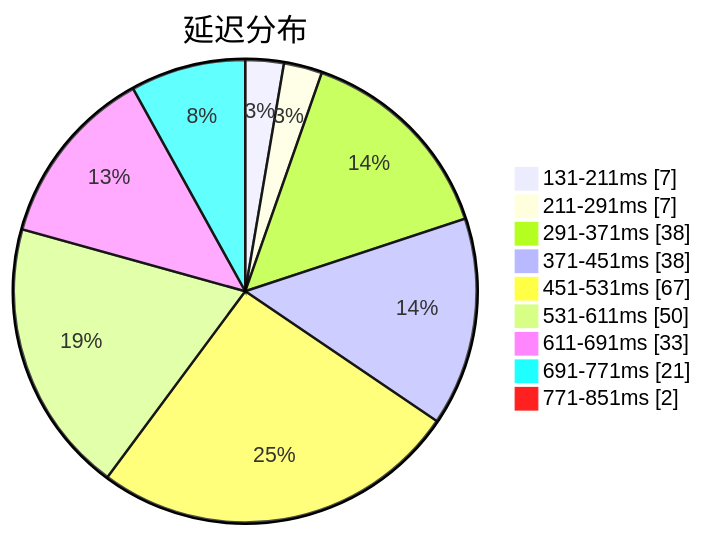
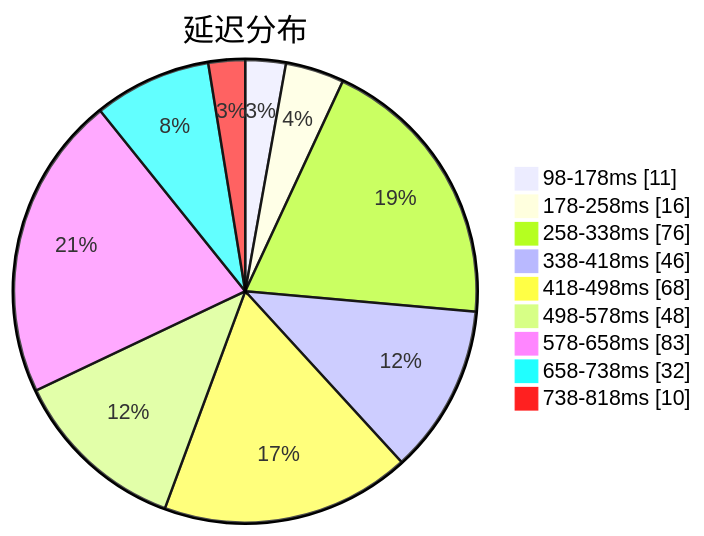
Before and after one commit to sinspired/airport: the first of 3 diagrams in subs/statistics/tested_within.md, drawn with Mermaid. The commit also changed other lines of this file and 2 other files, not shown here.

````diff
--- a/subs/statistics/tested_within.md
+++ b/subs/statistics/tested_within.md
@@ -2,13 +2,13 @@
 ```mermaid
 pie showData
 title 延迟分布
-"131-211ms" : 7
-"211-291ms" : 7
-"291-371ms" : 38
-"371-451ms" : 38
-"451-531ms" : 67
-"531-611ms" : 50
-"611-691ms" : 33
-"691-771ms" : 21
-"771-851ms" : 2
+"98-178ms" : 11
+"178-258ms" : 16
+"258-338ms" : 76
+"338-418ms" : 46
+"418-498ms" : 68
+"498-578ms" : 48
+"578-658ms" : 83
+"658-738ms" : 32
+"738-818ms" : 10
 ```
````
